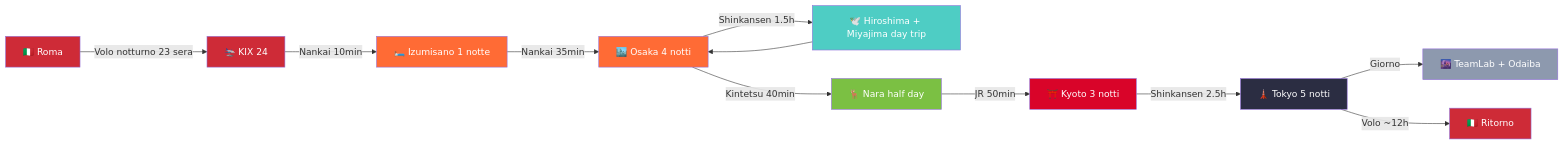
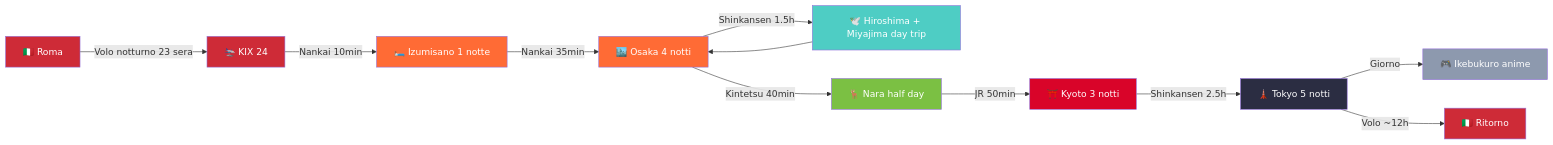
Before and after one commit to LorenzoPolito/Travel-Vault: the first of 3 diagrams in Itinerari/Japan/2026/Itinerario-Giappone-23ott-6nov2026.md, drawn with Mermaid. The commit also changed other lines of this file and 10 other files, not shown here.

First line of the commit message:
Tokyo nerd+kawaii: TeamLab rimosso, Sanrio Puroland aggiunto al G12 + Ikebukuro

````diff
--- a/Itinerari/Japan/2026/Itinerario-Giappone-23ott-6nov2026.md
+++ b/Itinerari/Japan/2026/Itinerario-Giappone-23ott-6nov2026.md
@@ -57,24 +57,24 @@
 ```mermaid
 flowchart LR
     A[🇮🇹 Roma] -->|Volo notturno 23 sera| B[🛬 KIX 24]
     B -->|Nankai 10min| B2[🛏️ Izumisano 1 notte]
     B2 -->|Nankai 35min| C[🏙️ Osaka 4 notti]
     C -->|Shinkansen 1.5h| D[🕊️ Hiroshima + Miyajima day trip]
     D --> C
     C -->|Kintetsu 40min| E[🦌 Nara half day]
     E -->|JR 50min| F[⛩️ Kyoto 3 notti]
     F -->|Shinkansen 2.5h| G[🗼 Tokyo 5 notti]
-    G -->|Giorno| H[🌆 TeamLab + Odaiba]
+    G -->|Giorno| H[🎮 Ikebukuro anime]
     G -->|Volo ~12h| I[🇮🇹 Ritorno]
 
     style A fill:#ce2b37,color:#fff
     style B fill:#ce2b37,color:#fff
     style B2 fill:#ff6b35,color:#fff
     style C fill:#ff6b35,color:#fff
     style D fill:#4ecdc4,color:#fff
     style E fill:#7bc043,color:#fff
     style F fill:#d90429,color:#fff
     style G fill:#2b2d42,color:#fff
     style H fill:#8d99ae,color:#fff
     style I fill:#ce2b37,color:#fff
 ```
````
